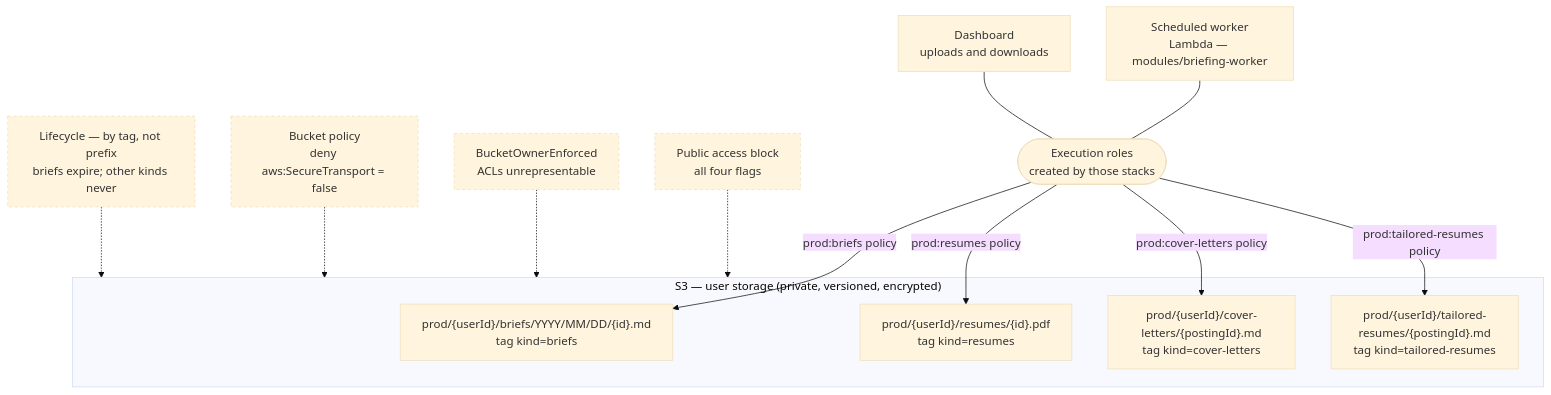
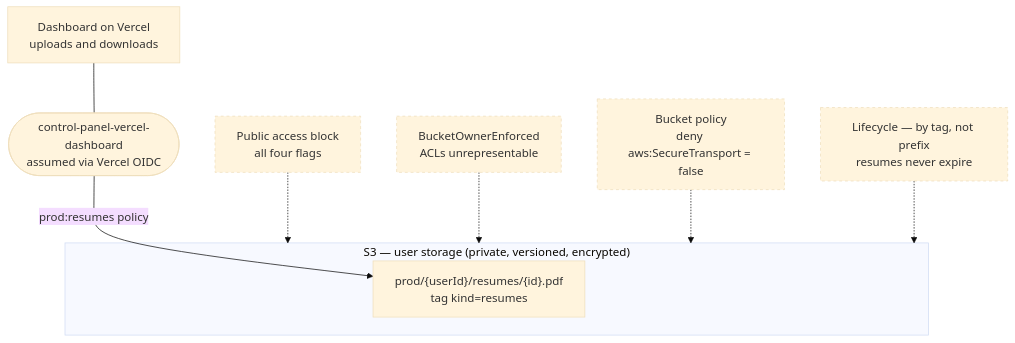
The diagram in infra/aws/README.md (sunnyeyles/control-panel), drawn with Mermaid (base theme) before and after one commit. The commit also changed other lines of this file and 31 other files, not shown here.

First line of the commit message:
Remove the briefing worker's infrastructure and CI steps

````diff
--- a/infra/aws/README.md
+++ b/infra/aws/README.md
@@ -65,32 +66,24 @@
 ```mermaid
 flowchart TB
-  worker["Scheduled worker<br>Lambda — modules/briefing-worker"]
-  app["Dashboard<br>uploads and downloads"]
-  role(["Execution roles<br>created by those stacks"])
+  app["Dashboard on Vercel<br>uploads and downloads"]
+  role(["control-panel-vercel-dashboard<br>assumed via Vercel OIDC"])
 
   subgraph bucket["S3 — user storage (private, versioned, encrypted)"]
-    briefs["prod/{userId}/briefs/YYYY/MM/DD/{id}.md<br>tag kind=briefs"]
     resumes["prod/{userId}/resumes/{id}.pdf<br>tag kind=resumes"]
-    letters["prod/{userId}/cover-letters/{postingId}.md<br>tag kind=cover-letters"]
-    tailored["prod/{userId}/tailored-resumes/{postingId}.md<br>tag kind=tailored-resumes"]
   end
 
   pab["Public access block<br>all four flags"]
   own["BucketOwnerEnforced<br>ACLs unrepresentable"]
   tls["Bucket policy<br>deny aws:SecureTransport = false"]
-  lc["Lifecycle — by tag, not prefix<br>briefs expire; other kinds never"]
+  lc["Lifecycle — by tag, not prefix<br>resumes never expire"]
 
-  worker --- role
   app --- role
-  role -->|prod:briefs policy| briefs
   role -->|prod:resumes policy| resumes
-  role -->|prod:cover-letters policy| letters
-  role -->|prod:tailored-resumes policy| tailored
   pab -.-> bucket
   own -.-> bucket
   tls -.-> bucket
   lc -.-> bucket
 
   classDef guard stroke-dasharray:4 4
   class pab,own,tls,lc guard
 ```
````
